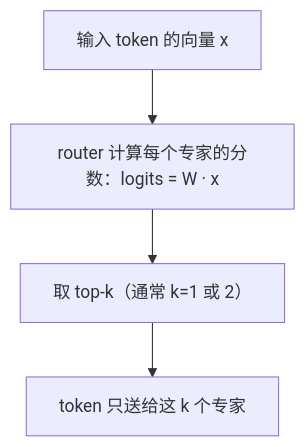
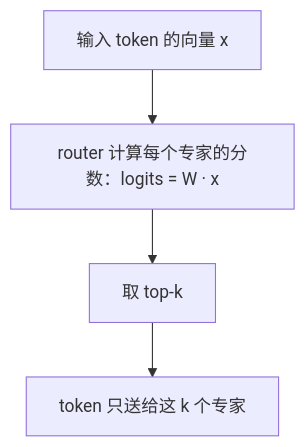
One commit to hub138/technical-knowledge changed the second of 2 diagrams in vault/工程知识/AI 系统工程：从模型能力到生产能力/模型基础与训练/MoE用稀疏激活换取参数容量和通信复杂度.md. Above: the diagram before and after it, drawn with Mermaid. The commit also changed other lines of this file and 622 other files, not shown here.

````diff
--- a/vault/工程知识/AI 系统工程：从模型能力到生产能力/模型基础与训练/MoE用稀疏激活换取参数容量和通信复杂度.md
+++ b/vault/工程知识/AI 系统工程：从模型能力到生产能力/模型基础与训练/MoE用稀疏激活换取参数容量和通信复杂度.md
@@ -92,8 +124,8 @@
 ```mermaid
 flowchart TB
     a["输入 token 的向量 x"]
     b["router 计算每个专家的分数：logits = W · x"]
-    c["取 top-k（通常 k=1 或 2）"]
+    c["取 top-k"]
     d["token 只送给这 k 个专家"]
     a --> b --> c --> d
 ```
````
